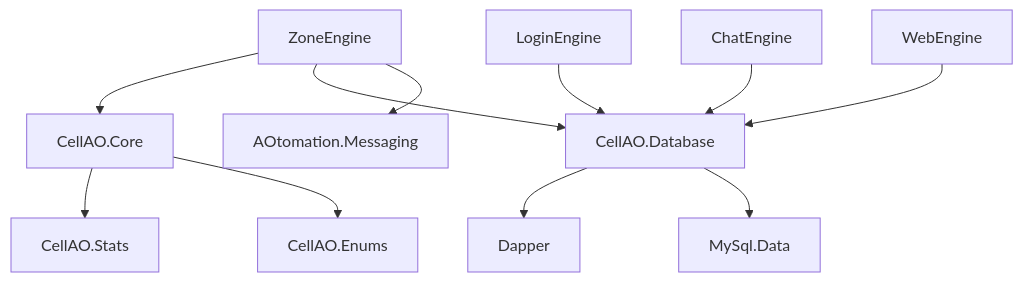
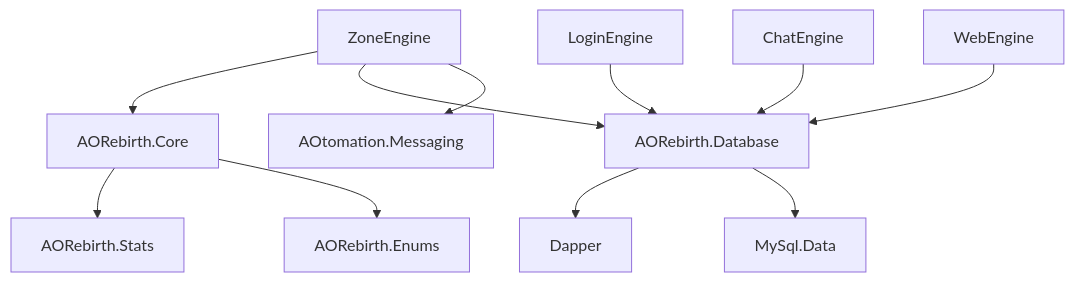
The fourth of 4 diagrams in docs/project/ARCHITECTURE.md (subarumike/AORebirth), drawn with Mermaid before and after one commit. The commit also changed other lines of this file and 2006 other files, not shown here.

````diff
--- a/docs/project/ARCHITECTURE.md
+++ b/docs/project/ARCHITECTURE.md
@@ -135,13 +135,13 @@
 ```mermaid
 flowchart TB
-    ZoneEngine --> CellAOCore["CellAO.Core"]
-    ZoneEngine --> CellAODatabase["CellAO.Database"]
+    ZoneEngine --> AORebirthCore["AORebirth.Core"]
+    ZoneEngine --> AORebirthDatabase["AORebirth.Database"]
     ZoneEngine --> AOtomation["AOtomation.Messaging"]
-    LoginEngine --> CellAODatabase
-    ChatEngine --> CellAODatabase
-    WebEngine --> CellAODatabase
-    CellAOCore --> CellAOStats["CellAO.Stats"]
-    CellAOCore --> CellAOEnums["CellAO.Enums"]
-    CellAODatabase --> Dapper
-    CellAODatabase --> MySqlData["MySql.Data"]
+    LoginEngine --> AORebirthDatabase
+    ChatEngine --> AORebirthDatabase
+    WebEngine --> AORebirthDatabase
+    AORebirthCore --> AORebirthStats["AORebirth.Stats"]
+    AORebirthCore --> AORebirthEnums["AORebirth.Enums"]
+    AORebirthDatabase --> Dapper
+    AORebirthDatabase --> MySqlData["MySql.Data"]
 ```
````
